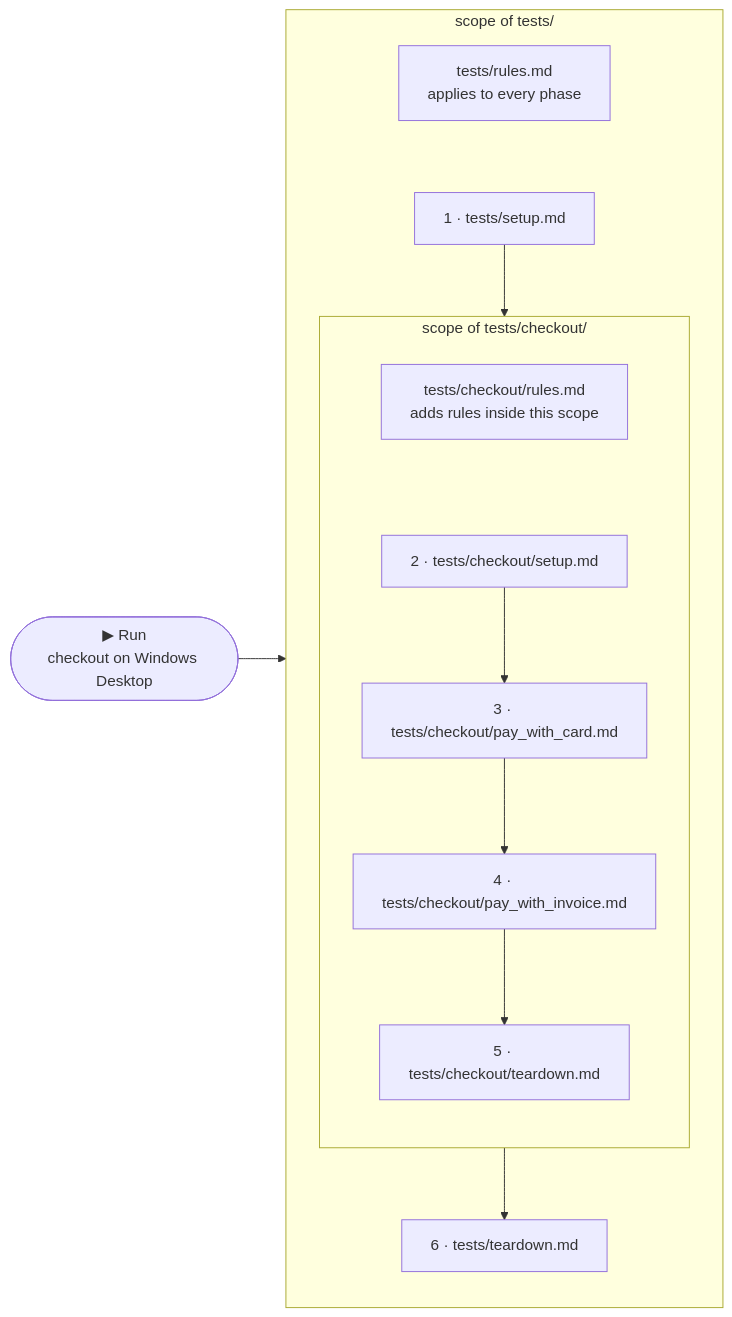
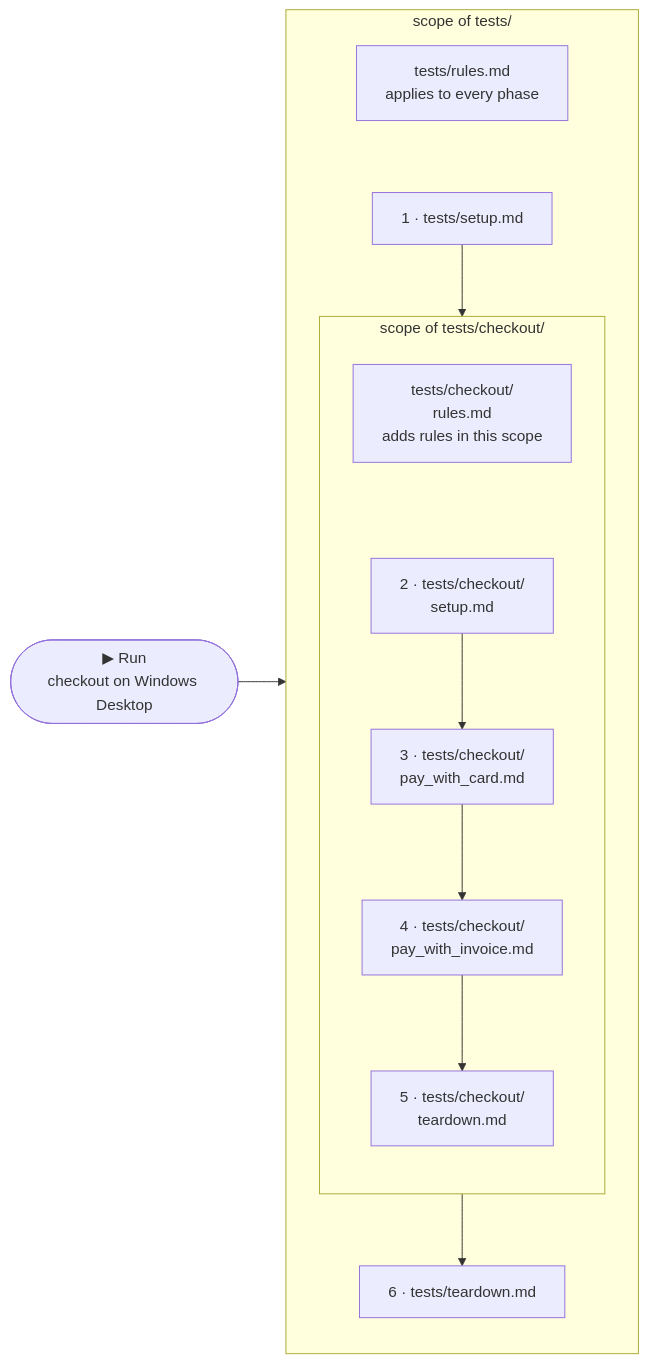
One commit to askui/docs-rewrite changed the diagram in content/docs/writing-tests/organisation.mdx. Above: the diagram before and after it, drawn with Mermaid.

Commit message:
docs(organisation): narrower scope diagram — paths wrap to two lines

````diff
--- a/content/docs/writing-tests/organisation.mdx
+++ b/content/docs/writing-tests/organisation.mdx
@@ -49,20 +49,25 @@
 ```mermaid
 flowchart LR
   RUN(["▶ Run
 checkout on Windows Desktop"]) --> A
   subgraph CHAIN["scope of tests/"]
     direction TB
     R1["tests/rules.md
 applies to every phase"]
     R1 ~~~ A["1 · tests/setup.md"]
     subgraph CO["scope of tests/checkout/"]
       direction TB
-      R2["tests/checkout/rules.md
-adds rules inside this scope"]
-      R2 ~~~ B["2 · tests/checkout/setup.md"]
-      B --> C["3 · tests/checkout/pay_with_card.md"] --> D["4 · tests/checkout/pay_with_invoice.md"] --> E["5 · tests/checkout/teardown.md"]
+      R2["tests/checkout/
+rules.md
+adds rules in this scope"]
+      R2 ~~~ B["2 · tests/checkout/
+setup.md"]
+      B --> C["3 · tests/checkout/
+pay_with_card.md"] --> D["4 · tests/checkout/
+pay_with_invoice.md"] --> E["5 · tests/checkout/
+teardown.md"]
     end
     A --> B
     E --> F["6 · tests/teardown.md"]
   end
 ```
````
